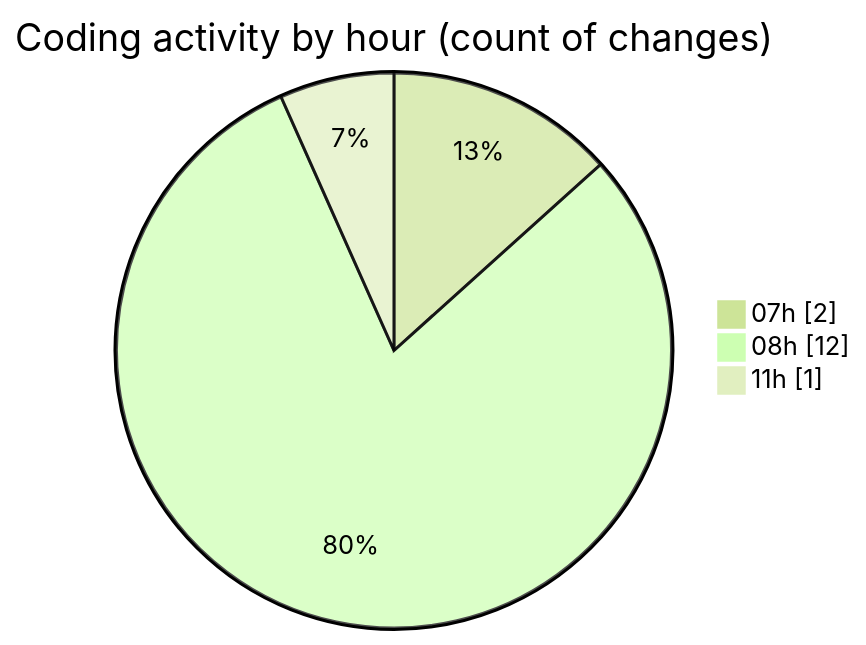
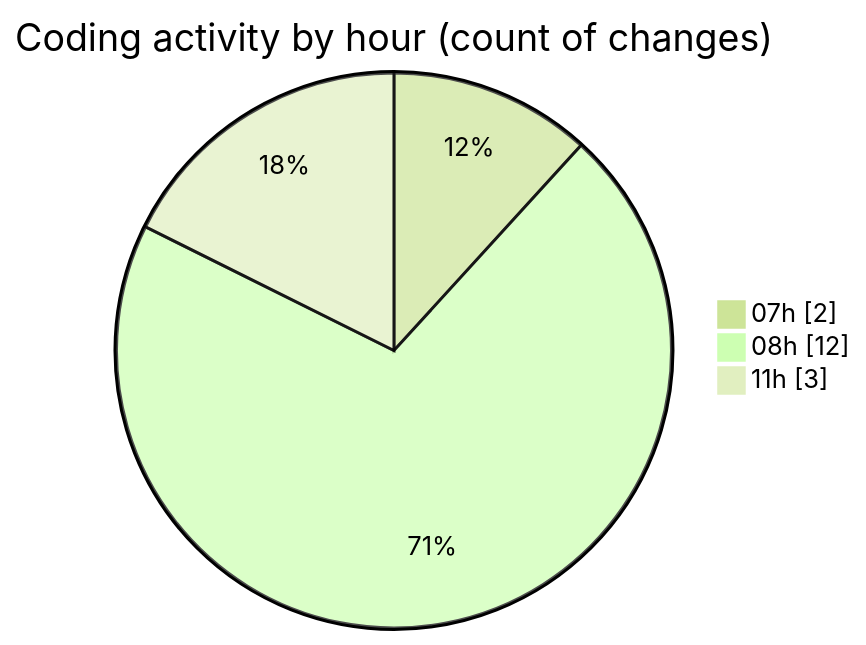
The second of 2 diagrams in 2026-08-28/oficina/README.md (LanceThiago/code-tracking), drawn with Mermaid (forest theme) before and after one commit. The commit also changed other lines of this file and 1 other file, not shown here.

````diff
--- a/2026-08-28/oficina/README.md
+++ b/2026-08-28/oficina/README.md
@@ -28,7 +28,7 @@
 ```mermaid
 pie showData
 title Coding activity by hour (count of changes)
 "07h" : 2
 "08h" : 12
-"11h" : 1
+"11h" : 3
 ```
````
